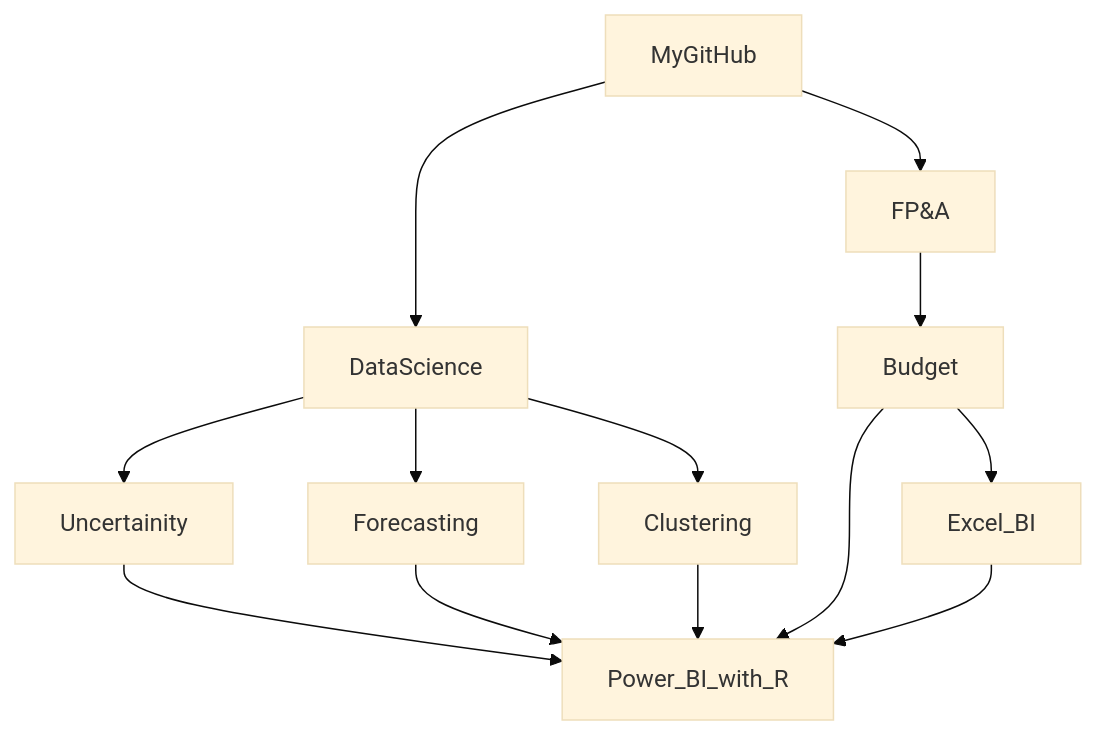
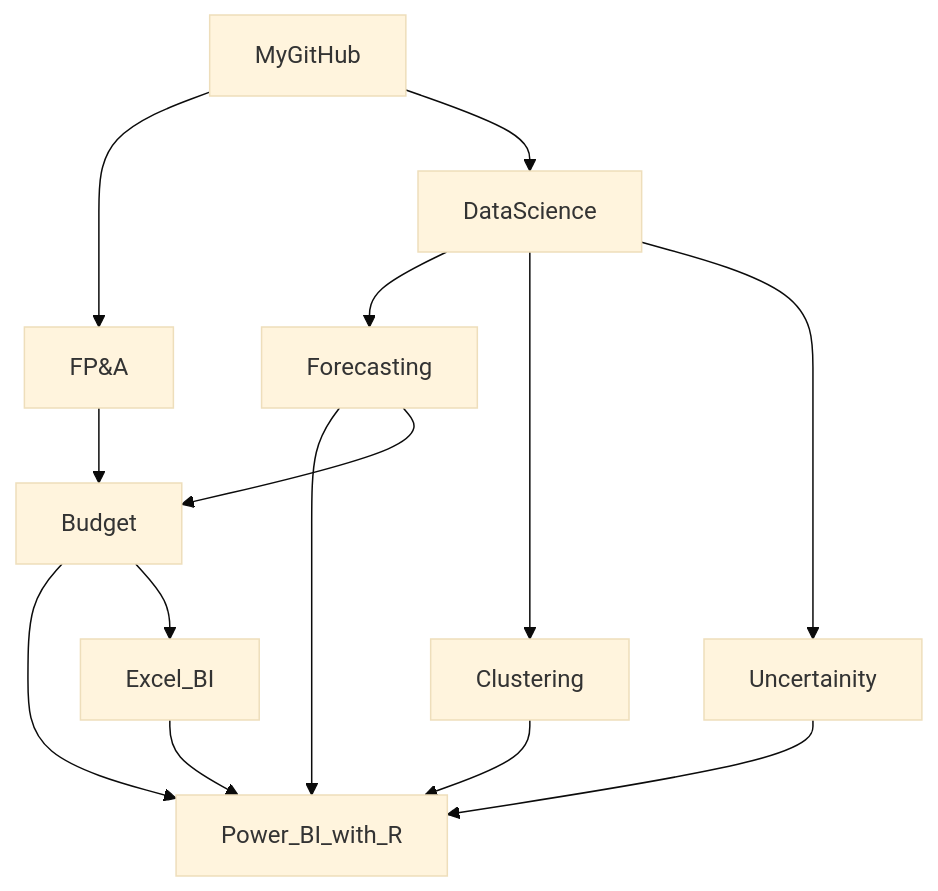
One commit to md3629/md3629 changed the diagram in README.md. Above: the diagram before and after it, drawn with Mermaid (base theme).

````diff
--- a/README.md
+++ b/README.md
@@ -9,15 +9,16 @@
 ```mermaid
 graph TD;
     MyGitHub-->FP&A;
     FP&A-->Budget;
     MyGitHub-->DataScience;
     DataScience-->Forecasting;
     DataScience-->Clustering;
     DataScience-->Uncertainity;
     Uncertainity-->Power_BI_with_R;
     Forecasting-->Power_BI_with_R;
     Clustering-->Power_BI_with_R;
     Budget-->Power_BI_with_R;
     Budget-->Excel_BI;
+    Forecasting-->Budget;
     Excel_BI-->Power_BI_with_R;
 ```
````
